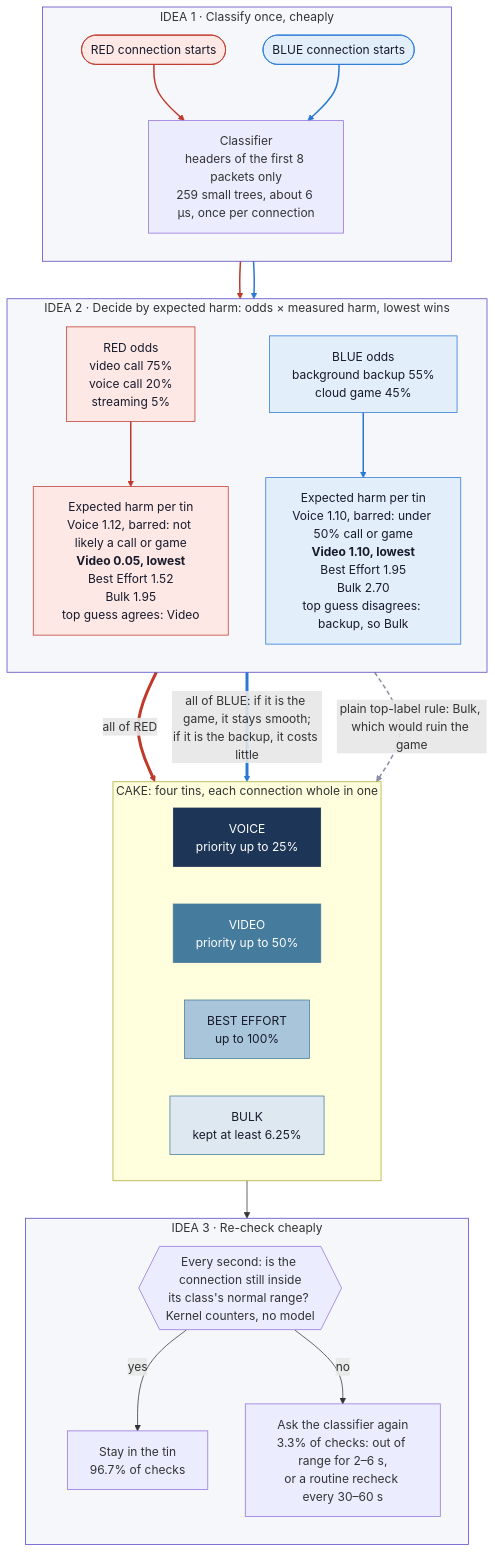
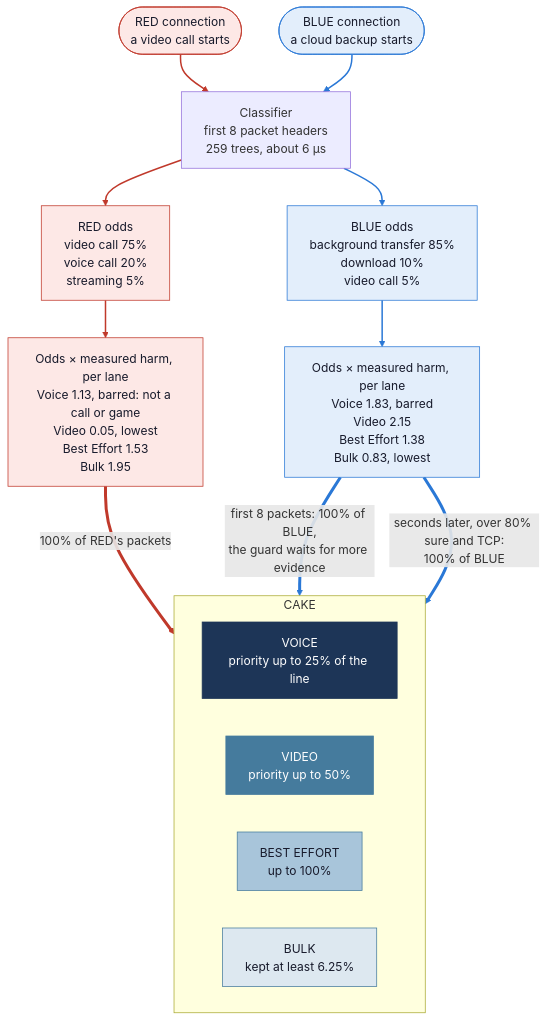
One commit to shreyashsri79/AQoSE-Adaptive-Quality-of-Service-Engine- changed the diagram in reports/paper/diagrams/ideas.mmd. Above: the diagram before and after it, drawn with Mermaid. The commit also changed 3 other files, not shown here.

Commit message:
Report: back to the earlier three-ideas text and figure in the Design section; the Summary returns to its paragraph

```diff
--- a/reports/paper/diagrams/ideas.mmd
+++ b/reports/paper/diagrams/ideas.mmd
@@ -1,57 +1,35 @@
 flowchart TB
-    subgraph I1["IDEA 1 · Classify once, cheaply"]
-        direction TB
-        R(["RED connection starts"]):::red
-        B(["BLUE connection starts"]):::blue
-        C["Classifier<br/>headers of the first 8 packets only<br/>259 small trees, about 6 µs, once per connection"]
-    end
-    subgraph I2["IDEA 2 · Decide by expected harm: odds × measured harm, lowest wins"]
-        direction TB
-        PR["RED odds<br/>video call 75%<br/>voice call 20%<br/>streaming 5%"]:::red
-        PB["BLUE odds<br/>background backup 55%<br/>cloud game 45%"]:::blue
-        ER["Expected harm per tin<br/>Voice 1.12, barred: not likely a call or game<br/><b>Video 0.05, lowest</b><br/>Best Effort 1.52<br/>Bulk 1.95<br/>top guess agrees: Video"]:::red
-        EB["Expected harm per tin<br/>Voice 1.10, barred: under 50% call or game<br/><b>Video 1.10, lowest</b><br/>Best Effort 1.95<br/>Bulk 2.70<br/>top guess disagrees: backup, so Bulk"]:::blue
-    end
-    subgraph CAKE["CAKE: four tins, each connection whole in one"]
+    R(["RED connection<br/>a video call starts"]):::red
+    B(["BLUE connection<br/>a cloud backup starts"]):::blue
+    C["Classifier<br/>first 8 packet headers<br/>259 trees, about 6 µs"]
+    R --> C
+    B --> C
+    C --> PR["RED odds<br/>video call 75%<br/>voice call 20%<br/>streaming 5%"]:::red
+    C --> PB["BLUE odds<br/>background transfer 85%<br/>download 10%<br/>video call 5%"]:::blue
+    PR --> ER["Odds × measured harm, per lane<br/>Voice 1.13, barred: not a call or game<br/>Video 0.05, lowest<br/>Best Effort 1.53<br/>Bulk 1.95"]:::red
+    PB --> EB["Odds × measured harm, per lane<br/>Voice 1.83, barred<br/>Video 2.15<br/>Best Effort 1.38<br/>Bulk 0.83, lowest"]:::blue
+    subgraph CAKE["CAKE"]
         direction LR
-        VO["VOICE<br/>priority up to 25%"]
+        VO["VOICE<br/>priority up to 25% of the line"]
         VI["VIDEO<br/>priority up to 50%"]
         BE["BEST EFFORT<br/>up to 100%"]
         BU["BULK<br/>kept at least 6.25%"]
     end
-    subgraph I3["IDEA 3 · Re-check cheaply"]
-        direction TB
-        K{{"Every second: is the connection still inside<br/>its class's normal range? Kernel counters, no model"}}
-        S["Stay in the tin<br/>96.7% of checks"]
-        A["Ask the classifier again<br/>3.3% of checks: out of range for 2–6 s,<br/>or a routine recheck every 30–60 s"]
-    end
-    R --> C
-    B --> C
-    C --> PR
-    C --> PB
-    PR --> ER
-    PB --> EB
-    ER ==>|"all of RED"| VI
-    EB ==>|"all of BLUE: if it is the game, it stays smooth;<br/>if it is the backup, it costs little"| VI
-    EB -.->|"plain top-label rule: Bulk, which would ruin the game"| BU
-    CAKE --> K
-    K -->|"yes"| S
-    K -->|"no"| A
+    ER ==>|"100% of RED's packets"| VI
+    EB ==>|"first 8 packets: 100% of BLUE,<br/>the guard waits for more evidence"| BE
+    EB ==>|"seconds later, over 80% sure and TCP:<br/>100% of BLUE"| BU
     classDef red fill:#fde8e6,stroke:#c0392b,color:#171a2b
     classDef blue fill:#e3eefb,stroke:#2a78d6,color:#171a2b
     style VO fill:#1d3557,stroke:#1d3557,color:#ffffff
     style VI fill:#457b9d,stroke:#457b9d,color:#ffffff
     style BE fill:#a8c5da,stroke:#457b9d,color:#171a2b
     style BU fill:#dde8f0,stroke:#457b9d,color:#171a2b
-    style I1 fill:#f6f7fa,stroke:#5242c4
-    style I2 fill:#f6f7fa,stroke:#5242c4
-    style I3 fill:#f6f7fa,stroke:#5242c4
     linkStyle 0 stroke:#c0392b,stroke-width:2px
     linkStyle 2 stroke:#c0392b,stroke-width:2px
     linkStyle 4 stroke:#c0392b,stroke-width:2px
     linkStyle 6 stroke:#c0392b,stroke-width:4px
     linkStyle 1 stroke:#2a78d6,stroke-width:2px
     linkStyle 3 stroke:#2a78d6,stroke-width:2px
     linkStyle 5 stroke:#2a78d6,stroke-width:2px
     linkStyle 7 stroke:#2a78d6,stroke-width:4px
-    linkStyle 8 stroke:#8a8fa3,stroke-width:2px,stroke-dasharray:6 4
+    linkStyle 8 stroke:#2a78d6,stroke-width:4px
```
